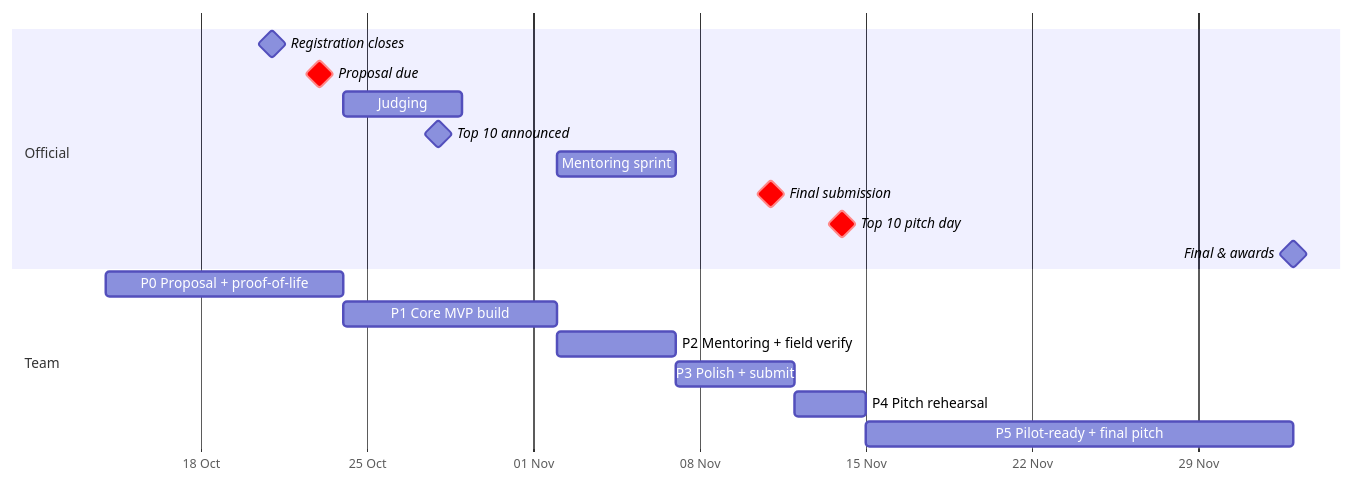
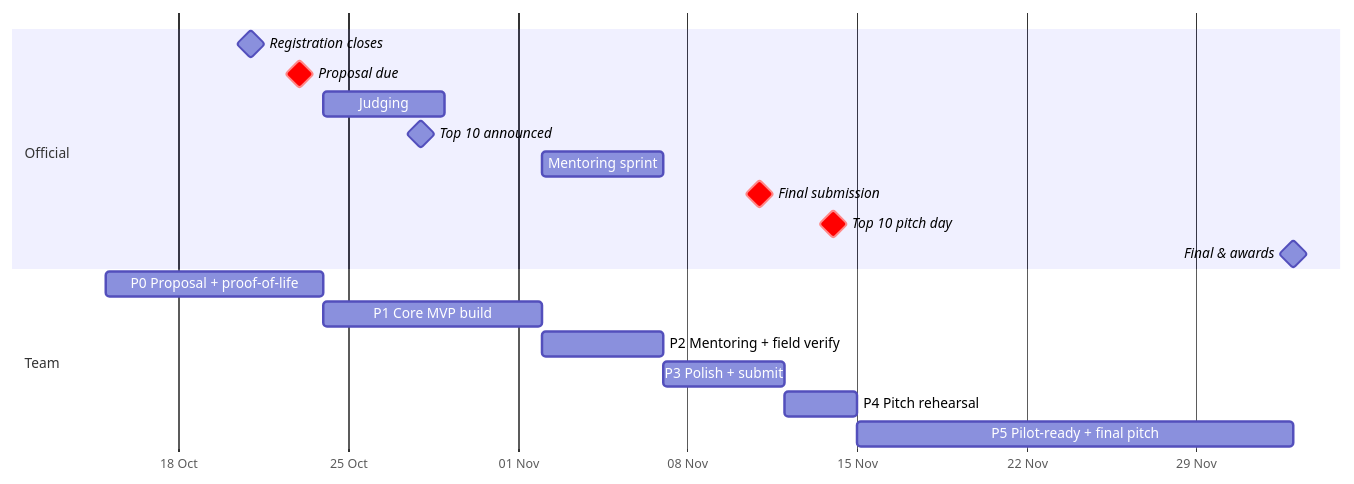
One commit to TIONYUNZHE2004/SunNewBee changed the diagram in docs/05-team/timeline.md. Above: the diagram before and after it, drawn with Mermaid. The commit also changed other lines of this file and 38 other files, not shown here.

````diff
--- a/docs/05-team/timeline.md
+++ b/docs/05-team/timeline.md
@@ -6,21 +7,21 @@
 ```mermaid
 gantt
   dateFormat YYYY-MM-DD
   axisFormat %d %b
   section Official
   Registration closes        :milestone, 2026-10-21, 0d
   Proposal due               :crit, milestone, 2026-10-23, 0d
   Judging                    :2026-10-24, 5d
   Top 10 announced           :milestone, 2026-10-28, 0d
   Mentoring sprint           :2026-11-02, 5d
   Final submission           :crit, milestone, 2026-11-11, 0d
   Top 10 pitch day           :crit, milestone, 2026-11-14, 0d
   Final & awards             :milestone, 2026-12-03, 0d
   section Team
-  P0 Proposal + proof-of-life :p0, 2026-10-14, 10d
+  P0 Proposal + proof-of-life :p0, 2026-10-15, 9d
   P1 Core MVP build           :p1, 2026-10-24, 9d
   P2 Mentoring + field verify :p2, 2026-11-02, 5d
   P3 Polish + submit          :p3, 2026-11-07, 5d
   P4 Pitch rehearsal          :p4, 2026-11-12, 3d
   P5 Pilot-ready + final pitch :p5, 2026-11-15, 18d
 ```
````
